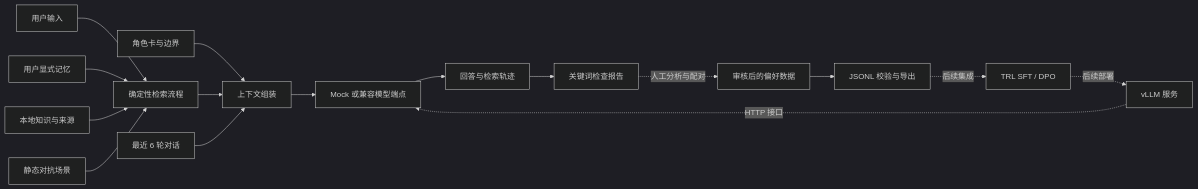
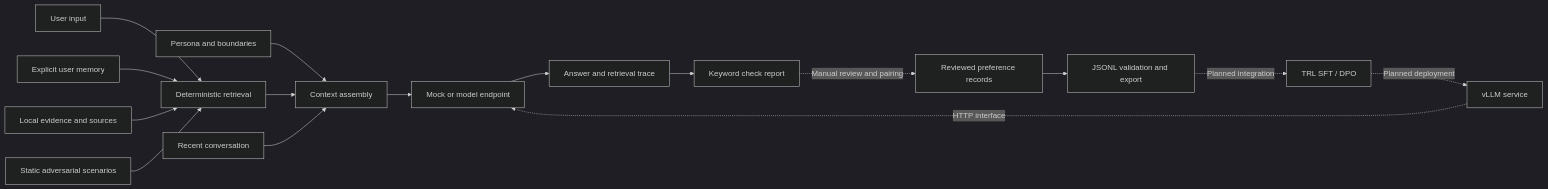
One commit to vigorlee/eidra-agent changed the diagram in README.md. Above: the diagram before and after it, drawn with Mermaid (dark theme). The commit also changed other lines of this file, not shown here.

````diff
--- a/README.md
+++ b/README.md
@@ -111,18 +119,18 @@
 ```mermaid
 flowchart LR
-    U[用户输入] --> R[确定性检索流程]
-    P[角色卡与边界] --> C[上下文组装]
-    M[用户显式记忆] --> R
-    K[本地知识与来源] --> R
+    U[User input] --> R[Deterministic retrieval]
+    P[Persona and boundaries] --> C[Context assembly]
+    M[Explicit user memory] --> R
+    K[Local evidence and sources] --> R
     R --> C
-    H[最近 6 轮对话] --> C
-    C --> L[Mock 或兼容模型端点]
-    L --> O[回答与检索轨迹]
-    A[静态对抗场景] --> R
-    O --> E[关键词检查报告]
-    E -. 人工分析与配对 .-> D[审核后的偏好数据]
-    D --> X[JSONL 校验与导出]
-    X -. 后续集成 .-> T[TRL SFT / DPO]
-    T -. 后续部署 .-> V[vLLM 服务]
-    V -. HTTP 接口 .-> L
+    H[Recent conversation] --> C
+    C --> L[Mock or model endpoint]
+    L --> O[Answer and retrieval trace]
+    A[Static adversarial scenarios] --> R
+    O --> E[Keyword check report]
+    E -. Manual review and pairing .-> D[Reviewed preference records]
+    D --> X[JSONL validation and export]
+    X -. Planned integration .-> T[TRL SFT / DPO]
+    T -. Planned deployment .-> V[vLLM service]
+    V -. HTTP interface .-> L
 ```
````
